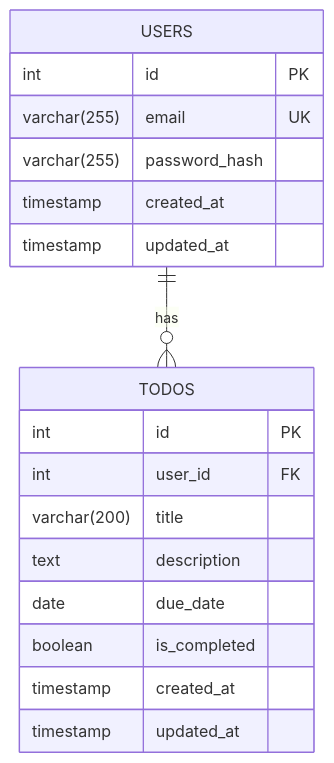
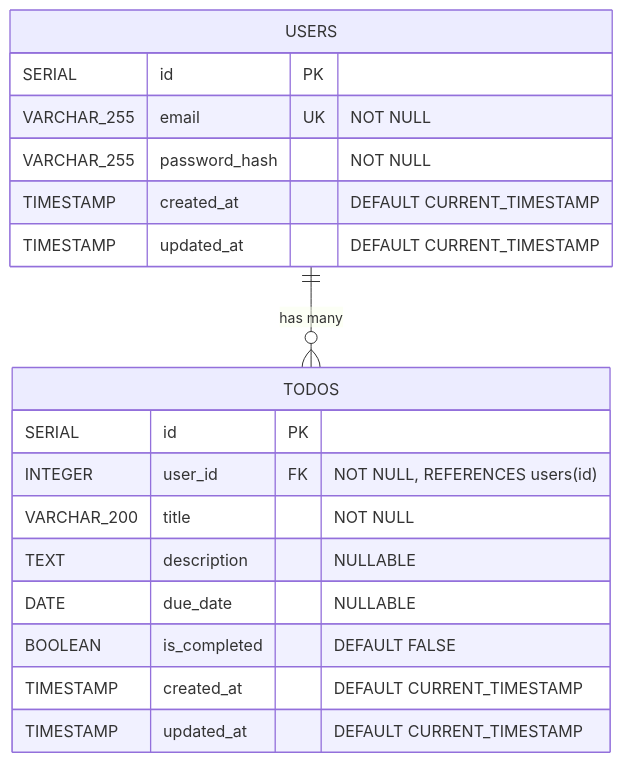
The second of 3 diagrams in docs/6-ERD.md (TheGreatestWon/todolist), drawn with Mermaid before and after one commit. The commit also changed other lines of this file and 11 other files, not shown here.

````diff
--- a/docs/6-ERD.md
+++ b/docs/6-ERD.md
@@ -5,23 +40,23 @@
 ```mermaid
 erDiagram
+    USERS ||--o{ TODOS : "has many"
+
     USERS {
-        int id PK
-        varchar(255) email UK
-        varchar(255) password_hash
-        timestamp created_at
-        timestamp updated_at
+        SERIAL id PK
+        VARCHAR_255 email UK "NOT NULL"
+        VARCHAR_255 password_hash "NOT NULL"
+        TIMESTAMP created_at "DEFAULT CURRENT_TIMESTAMP"
+        TIMESTAMP updated_at "DEFAULT CURRENT_TIMESTAMP"
     }
-    
+
     TODOS {
-        int id PK
-        int user_id FK
-        varchar(200) title
-        text description
-        date due_date
-        boolean is_completed
-        timestamp created_at
-        timestamp updated_at
+        SERIAL id PK
+        INTEGER user_id FK "NOT NULL, REFERENCES users(id)"
+        VARCHAR_200 title "NOT NULL"
+        TEXT description "NULLABLE"
+        DATE due_date "NULLABLE"
+        BOOLEAN is_completed "DEFAULT FALSE"
+        TIMESTAMP created_at "DEFAULT CURRENT_TIMESTAMP"
+        TIMESTAMP updated_at "DEFAULT CURRENT_TIMESTAMP"
     }
-    
-    USERS ||--o{ TODOS : "has"
 ```
````
